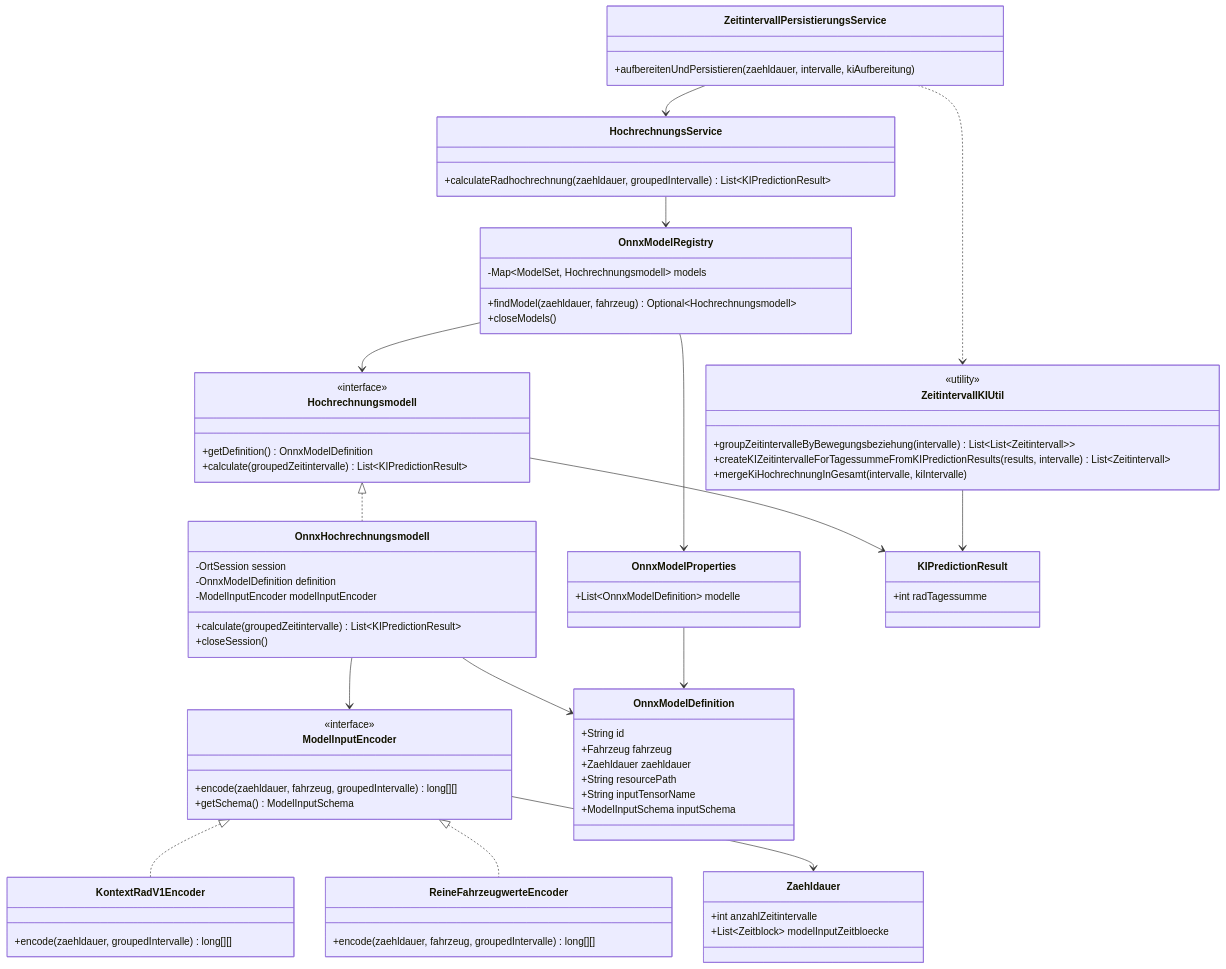
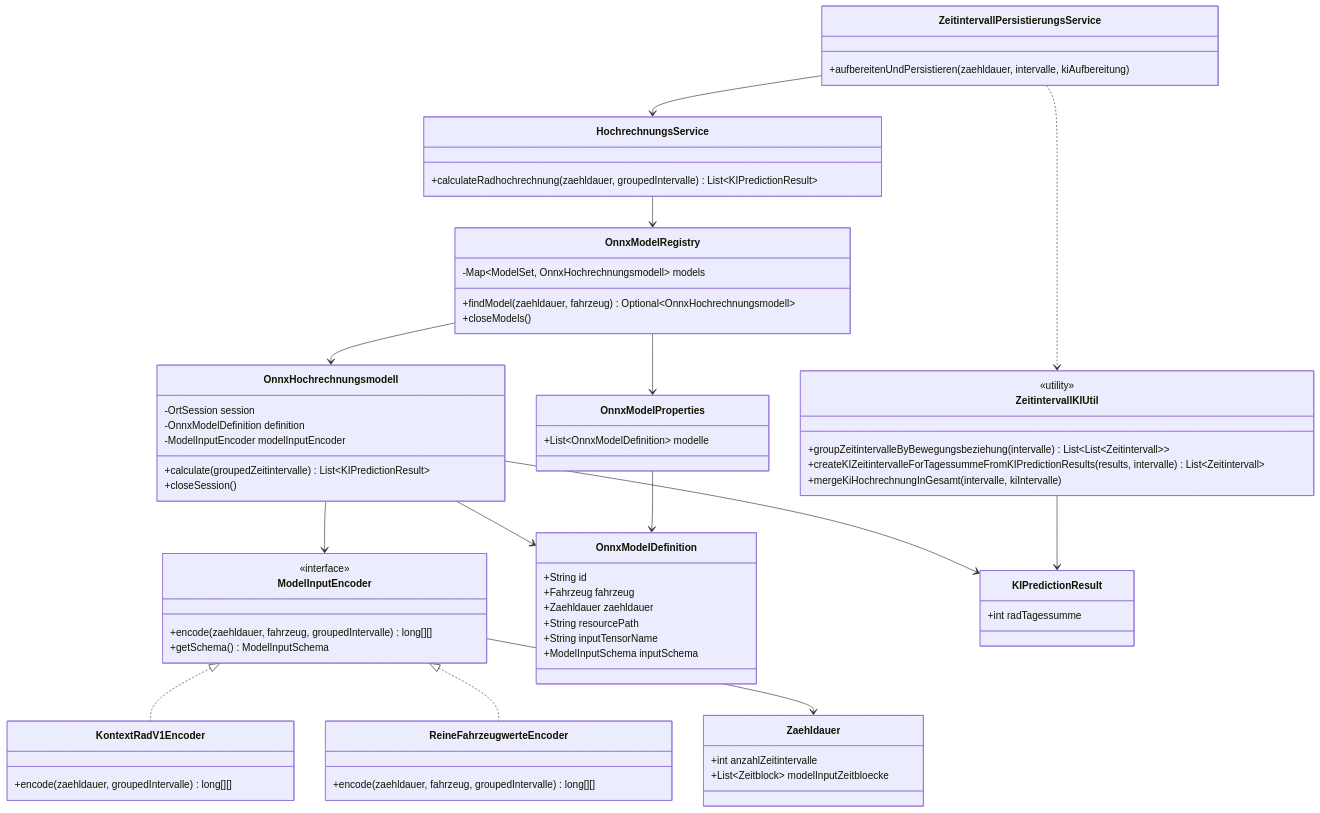
One commit to it-at-m/dave-backend changed the diagram in docs/plan-ki-rad-hochrechnung-13h-16h.md. Above: the diagram before and after it, drawn with Mermaid. The commit also changed other lines of this file and 5 other files, not shown here.

````diff
--- a/docs/plan-ki-rad-hochrechnung-13h-16h.md
+++ b/docs/plan-ki-rad-hochrechnung-13h-16h.md
@@ -49,15 +49,9 @@
     }
 
     class OnnxModelRegistry {
-        -Map~ModelSet, Hochrechnungsmodell~ models
-        +findModel(zaehldauer, fahrzeug) Optional~Hochrechnungsmodell~
+        -Map~ModelSet, OnnxHochrechnungsmodell~ models
+        +findModel(zaehldauer, fahrzeug) Optional~OnnxHochrechnungsmodell~
         +closeModels()
-    }
-
-    class Hochrechnungsmodell {
-        <<interface>>
-        +getDefinition() OnnxModelDefinition
-        +calculate(groupedZeitintervalle) List~KIPredictionResult~
     }
 
     class OnnxHochrechnungsmodell {
@@ -114,15 +108,14 @@
     ZeitintervallPersistierungsService --> HochrechnungsService
     ZeitintervallPersistierungsService ..> ZeitintervallKIUtil
     HochrechnungsService --> OnnxModelRegistry
-    OnnxModelRegistry --> Hochrechnungsmodell
+    OnnxModelRegistry --> OnnxHochrechnungsmodell
     OnnxModelRegistry --> OnnxModelProperties
-    Hochrechnungsmodell <|.. OnnxHochrechnungsmodell
     OnnxHochrechnungsmodell --> OnnxModelDefinition
     OnnxHochrechnungsmodell --> ModelInputEncoder
     ModelInputEncoder <|.. KontextRadV1Encoder
     ModelInputEncoder <|.. ReineFahrzeugwerteEncoder
     OnnxModelProperties --> OnnxModelDefinition
     ModelInputEncoder --> Zaehldauer
-    Hochrechnungsmodell --> KIPredictionResult
+    OnnxHochrechnungsmodell --> KIPredictionResult
     ZeitintervallKIUtil --> KIPredictionResult
 ```
````
